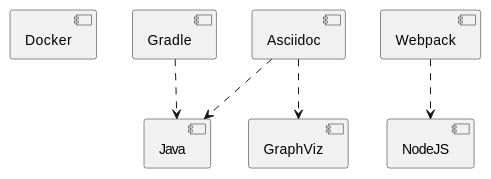
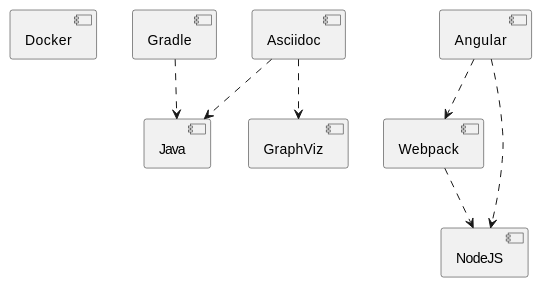
The second of 3 diagrams in documentation/src/docs/asciidoc/notes.adoc (gurv/vg), drawn with PlantUML before and after one commit. The commit also changed other lines of this file and 122 other files, not shown here.

```diff
--- a/documentation/src/docs/asciidoc/notes.adoc
+++ b/documentation/src/docs/asciidoc/notes.adoc
@@ -114,8 +117,10 @@
 [plantuml, dev-env, png]
 ....
 [Docker]
 [Gradle] ..> [Java]
 [Asciidoc] ..> [Java]
 [Asciidoc] ..> [GraphViz]
 [Webpack] ..> [NodeJS]
+[Angular] ..> [NodeJS]
+[Angular] ..> [Webpack]
 ....
```
